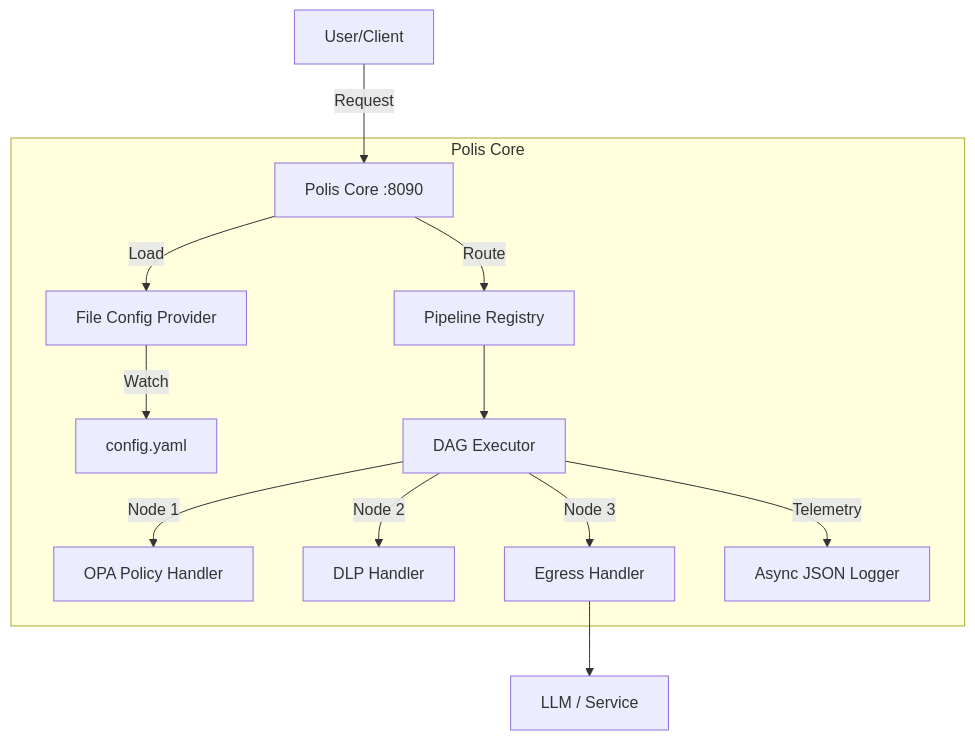
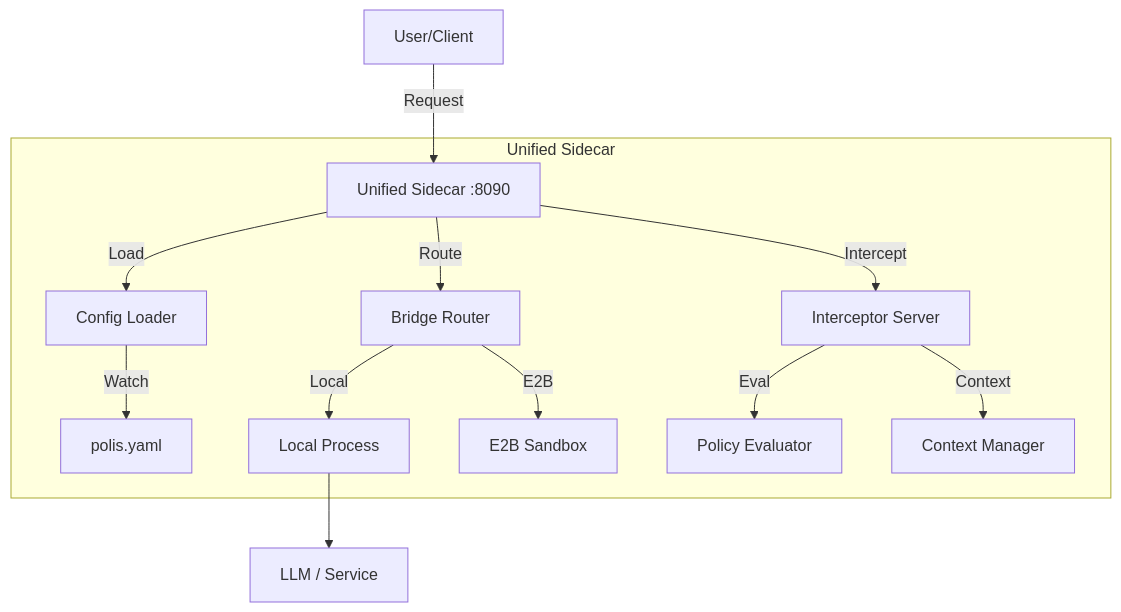
One commit to polisai/polis-oss changed the diagram in docs/codebase_summary.md. Above: the diagram before and after it, drawn with Mermaid. The commit also changed other lines of this file, not shown here.

````diff
--- a/docs/codebase_summary.md
+++ b/docs/codebase_summary.md
@@ -13,17 +13,19 @@
 ```mermaid
 graph TD
-    User[User/Client] -->|Request| Core[Polis Core :8090]
+    User[User/Client] -->|Request| Sidecar[Unified Sidecar :8090]
     
-    subgraph Polis Core
-        Core -->|Load| Config[File Config Provider]
-        Config -->|Watch| File[config.yaml]
-        Core -->|Route| Registry[Pipeline Registry]
-        Registry --> Executor[DAG Executor]
-        Executor -->|Node 1| Policy[OPA Policy Handler]
-        Executor -->|Node 2| DLP[DLP Handler]
-        Executor -->|Node 3| Egress[Egress Handler]
-        Executor -->|Telemetry| Logger[Async JSON Logger]
+    subgraph Unified Sidecar
+        Sidecar -->|Load| Config[Config Loader]
+        Config -->|Watch| File[polis.yaml]
+        
+        Sidecar -->|Route| Router[Bridge Router]
+        Router -->|Local| LocalProc[Local Process]
+        Router -->|E2B| E2BProc[E2B Sandbox]
+        
+        Sidecar -->|Intercept| Interceptor[Interceptor Server]
+        Interceptor -->|Eval| Policy[Policy Evaluator]
+        Interceptor -->|Context| CtxMgr[Context Manager]
     end
     
-    Egress --> Upstream[LLM / Service]
+    LocalProc --> Upstream[LLM / Service]
 ```
````
